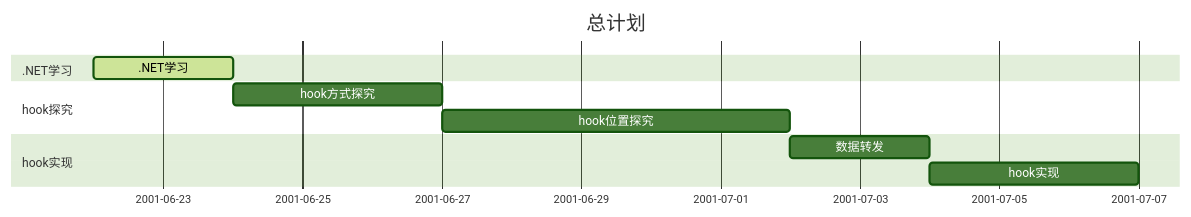
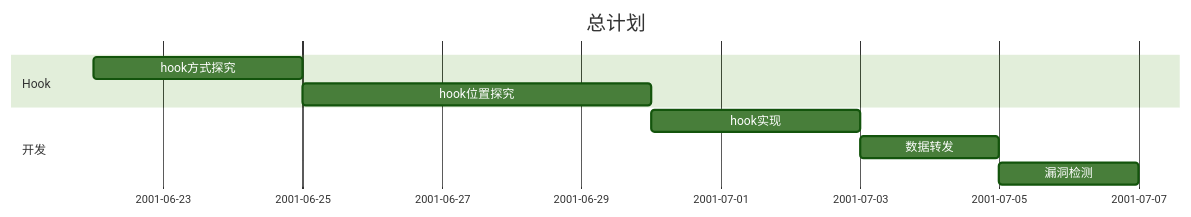
Before and after one commit to luotianqi777/Notebook: the first of 2 diagrams in Plan.md, drawn with Mermaid (forest theme). The commit also changed 4 other files, not shown here.

````diff
--- a/Plan.md
+++ b/Plan.md
@@ -3,13 +3,12 @@
 ```mermaid
 gantt
 dateFormat MM-dd
 title 总计划
-section .NET学习
-.NET学习: active, learn, 06-22, 2d
-section hook探究
-hook方式探究: hook_find, after learn, 3d
+section Hook
+hook方式探究: hook_find, 06-22, 3d
 hook位置探究: hook_location, after hook_find, 5d
-section hook实现
-数据转发: data_send, after hook_location, 2d
-hook实现: hook_impl, after data_send, 3d
+section 开发
+hook实现: hook_impl, after hook_location, 3d
+数据转发: data_send, after hook_impl, 2d
+漏洞检测: bug_check, after data_send, 2d
 ```
````
